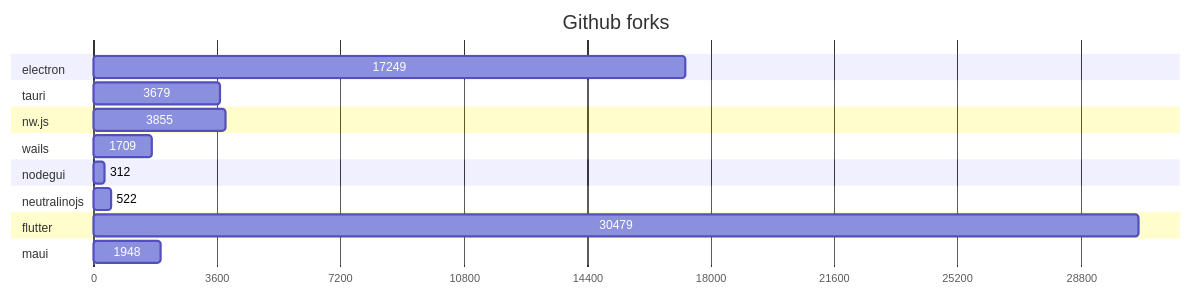
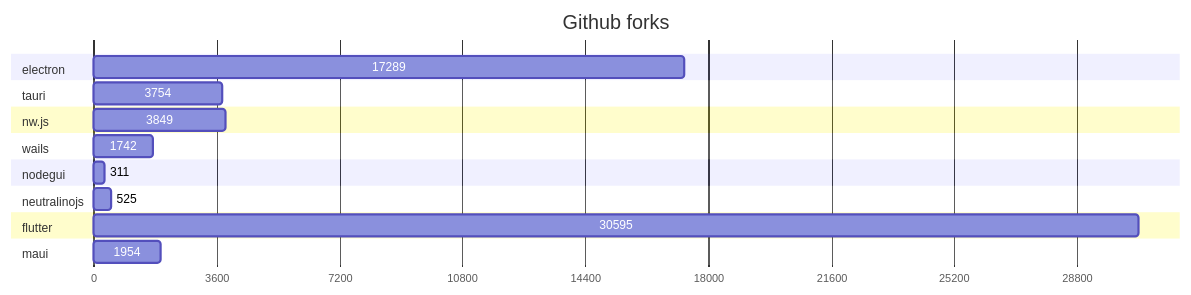
Before and after one commit to Elanis/web-to-desktop-framework-comparison: the second of 2 diagrams in GRAPHS.md, drawn with Mermaid. The commit also changed other lines of this file and 2 other files, not shown here.

Commit message:
Update stars & Fork

````diff
--- a/GRAPHS.md
+++ b/GRAPHS.md
@@ -47,40 +47,40 @@
 ```mermaid
 gantt
     title Github forks
     dateFormat  X
     axisFormat %s
 
 
 	section electron
-	17249 : 0, 17249
+	17289 : 0, 17289
 
 	
 	section tauri
-	3679 : 0, 3679
+	3754 : 0, 3754
 
 	
 	section nw.js
-	3855 : 0, 3855
+	3849 : 0, 3849
 
 	
 	section wails
-	1709 : 0, 1709
+	1742 : 0, 1742
 
 	
 	section nodegui
-	312 : 0, 312
+	311 : 0, 311
 
 	
 	section neutralinojs
-	522 : 0, 522
+	525 : 0, 525
 
 	
 	section flutter
-	30479 : 0, 30479
+	30595 : 0, 30595
 
 	
 	section maui
-	1948 : 0, 1948
+	1954 : 0, 1954
 
 	
 ```
````
